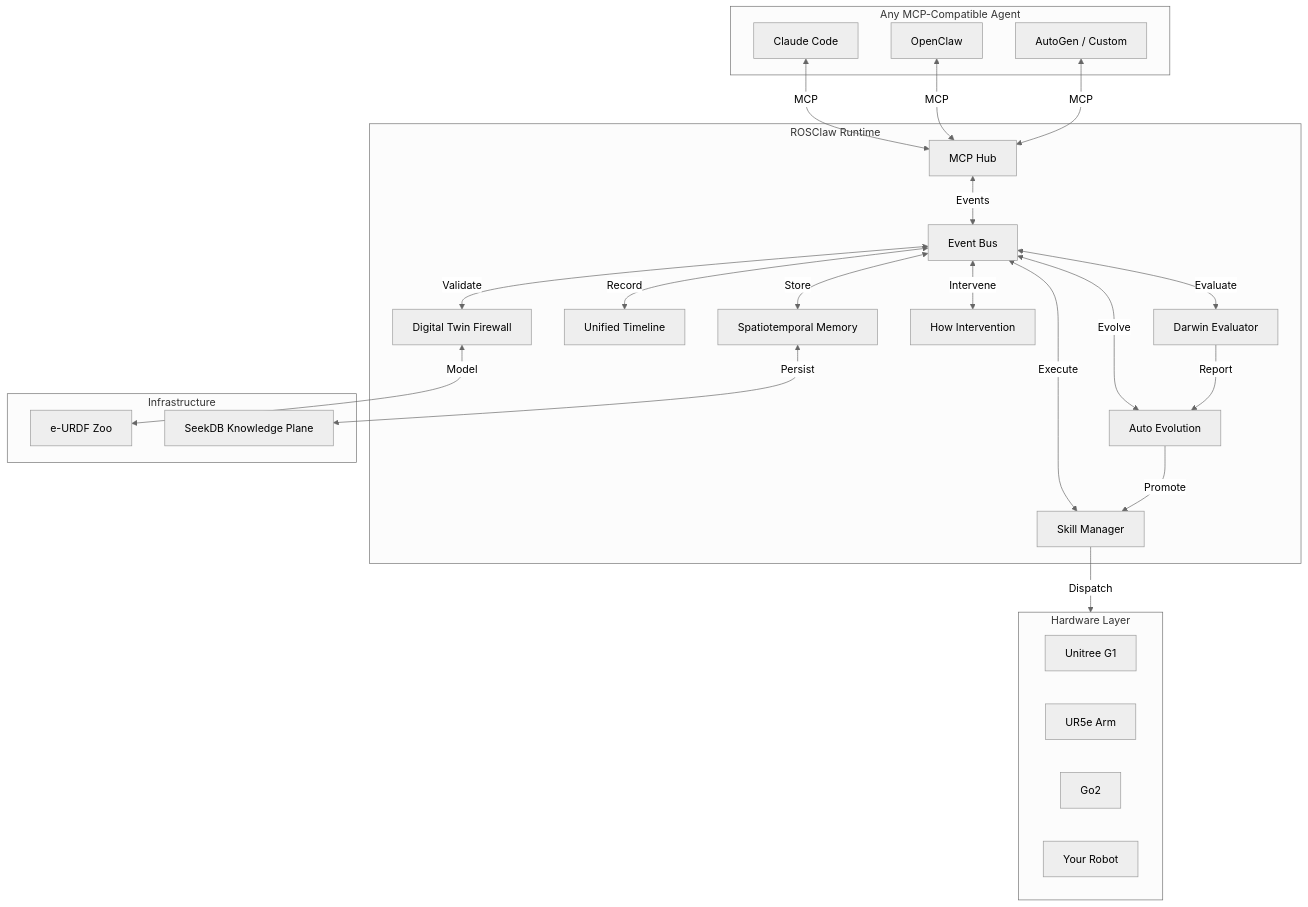
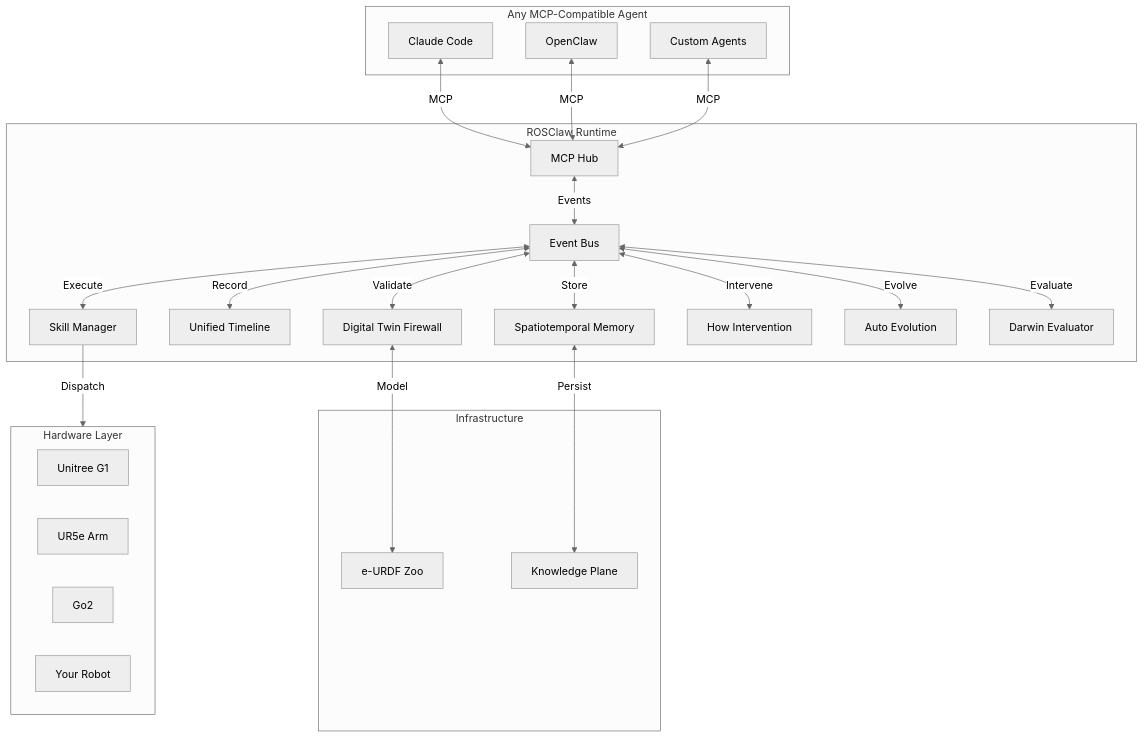
The diagram in README.md (YanzeZhang97/rosclaw), drawn with Mermaid (neutral theme) before and after one commit. The commit also changed other lines of this file, not shown here.

````diff
--- a/README.md
+++ b/README.md
@@ -157,47 +339,45 @@
 ```mermaid
 graph TD
     subgraph Agents[Any MCP-Compatible Agent]
         CC[Claude Code]
         OC[OpenClaw]
-        AC[AutoGen / Custom]
+        AC[Custom Agents]
     end
 
     subgraph Runtime[ROSClaw Runtime]
         MCP[MCP Hub]
         EB[Event Bus]
         FW[Digital Twin Firewall]
         TM[Unified Timeline]
         MEM[Spatiotemporal Memory]
         SK[Skill Manager]
         HO[How Intervention]
         AU[Auto Evolution]
         DW[Darwin Evaluator]
     end
 
     subgraph Infra[Infrastructure]
         EURDF[e-URDF Zoo]
-        SKDB[SeekDB Knowledge Plane]
+        SKDB[Knowledge Plane]
     end
 
     subgraph HW[Hardware Layer]
         G1[Unitree G1]
         UR5[UR5e Arm]
         GO[Go2]
         Other[Your Robot]
     end
 
     CC & OC & AC <-->|MCP| MCP
     MCP <-->|Events| EB
     EB <-->|Validate| FW
     EB <-->|Record| TM
     EB <-->|Store| MEM
     EB <-->|Execute| SK
     EB <-->|Intervene| HO
     EB <-->|Evolve| AU
     EB <-->|Evaluate| DW
     FW <-->|Model| EURDF
     MEM <-->|Persist| SKDB
     SK -->|Dispatch| HW
-    AU -->|Promote| SK
-    DW -->|Report| AU
 ```
````
